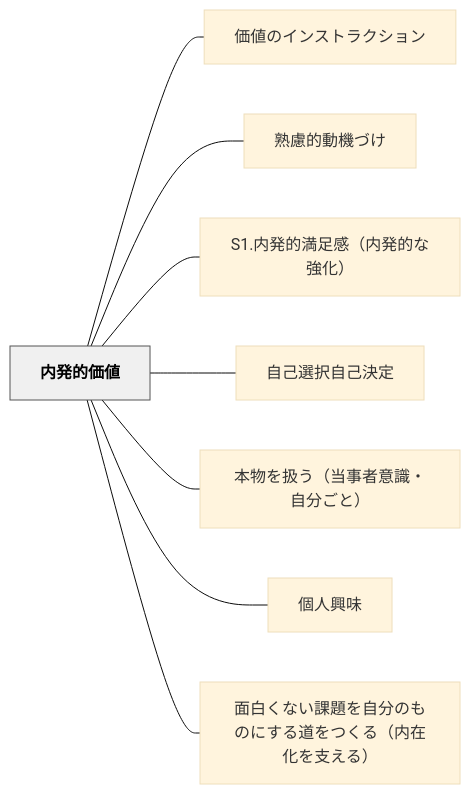
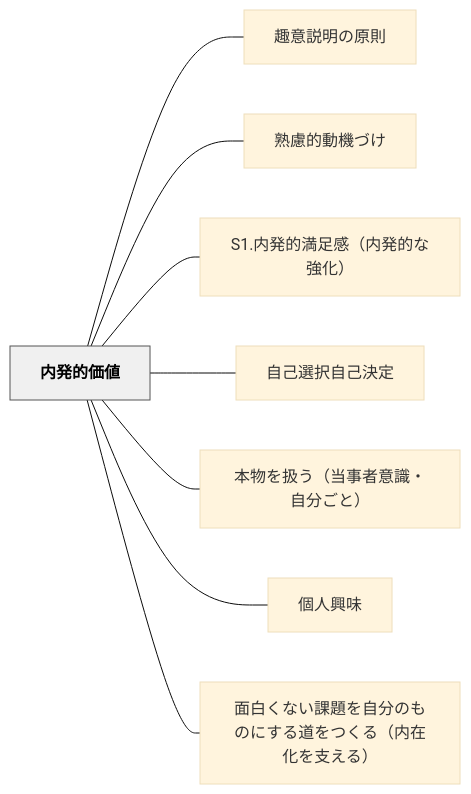
One commit to unknownthings-ed-patterns/unknownthings-ed-patterns changed the diagram in content/パタン/内発的価値.md. Above: the diagram before and after it, drawn with Mermaid (base theme). The commit also changed other lines of this file and 41 other files, not shown here.

````diff
--- a/content/パタン/内発的価値.md
+++ b/content/パタン/内発的価値.md
@@ -43,22 +43,22 @@
 ```mermaid
 flowchart LR
     ne58685e799bae79a84e4bea1e580a4["内発的価値"]
-    ne4bea1e580a4e381aee382a4e383b3e382b9e38388e383a9e382afe382b7e383a7e383b3["価値のインストラクション"]
+    ne8b6a3e6848fe8aaace6988ee381aee58e9fe58987["趣意説明の原則"]
     ne7869fe685aee79a84e58b95e6a99fe381a5e38191["熟慮的動機づけ"]
     n53312ee58685e799bae79a84e6ba80e8b6b3e6849fefbc88e58685e799bae79a84e381aae5bcb7e58c96efbc89["S1.内発的満足感（内発的な強化）"]
     ne887aae5b7b1e981b8e68a9ee887aae5b7b1e6b1bae5ae9a["自己選択自己決定"]
     ne69cace789a9e38292e689b1e38186efbc88e5bd93e4ba8be88085e6848fe8ad98e383bbe887aae58886e38194e381a8efbc89["本物を扱う（当事者意識・自分ごと）"]
     ne5808be4babae88888e591b3["個人興味"]
     ne99da2e799bde3818fe381aae38184e8aab2e9a18ce38292e887aae58886e381aee38282e381aee381abe38199e3828be98193e38292e381a4e3818fe3828befbc88e58685e59ca8e58c96e38292e694afe38188e3828befbc89["面白くない課題を自分のものにする道をつくる（内在化を支える）"]
 
-    ne58685e799bae79a84e4bea1e580a4 --- ne4bea1e580a4e381aee382a4e383b3e382b9e38388e383a9e382afe382b7e383a7e383b3
+    ne58685e799bae79a84e4bea1e580a4 --- ne8b6a3e6848fe8aaace6988ee381aee58e9fe58987
     ne58685e799bae79a84e4bea1e580a4 --- ne7869fe685aee79a84e58b95e6a99fe381a5e38191
     ne58685e799bae79a84e4bea1e580a4 --- n53312ee58685e799bae79a84e6ba80e8b6b3e6849fefbc88e58685e799bae79a84e381aae5bcb7e58c96efbc89
     ne58685e799bae79a84e4bea1e580a4 --- ne887aae5b7b1e981b8e68a9ee887aae5b7b1e6b1bae5ae9a
     ne58685e799bae79a84e4bea1e580a4 --- ne69cace789a9e38292e689b1e38186efbc88e5bd93e4ba8be88085e6848fe8ad98e383bbe887aae58886e38194e381a8efbc89
     ne58685e799bae79a84e4bea1e580a4 --- ne5808be4babae88888e591b3
     ne58685e799bae79a84e4bea1e580a4 --- ne99da2e799bde3818fe381aae38184e8aab2e9a18ce38292e887aae58886e381aee38282e381aee381abe38199e3828be98193e38292e381a4e3818fe3828befbc88e58685e59ca8e58c96e38292e694afe38188e3828befbc89
 
     classDef hub fill:#f0f0f0,stroke:#555,color:#000,font-weight:bold
     class ne58685e799bae79a84e4bea1e580a4 hub
 ```
````
